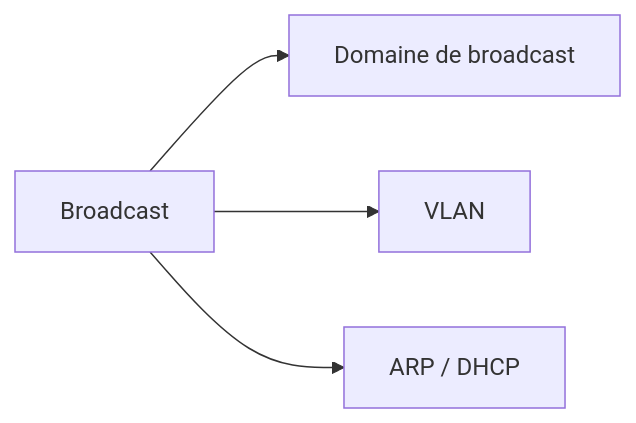
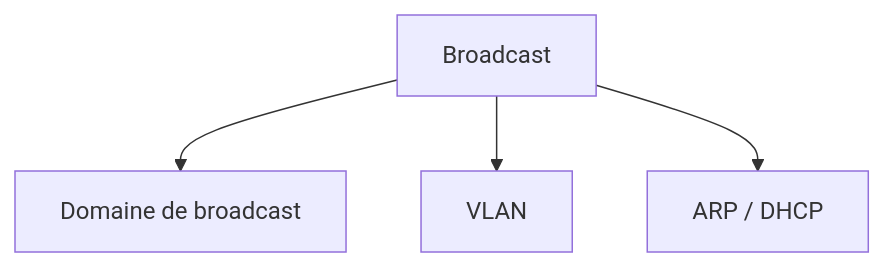
Before and after one commit to zyrass/omnydocs: the fifth of 38 diagrams in docs/glossaire/administration-reseau.md, drawn with Mermaid. The commit also changed other lines of this file and 1780 other files, not shown here.

````diff
--- a/docs/glossaire/administration-reseau.md
+++ b/docs/glossaire/administration-reseau.md
@@ -109,6 +133,6 @@
-    ```mermaid
-    graph LR
-        A[Broadcast] --> B[Domaine de broadcast]
-        A --> C[VLAN]
-        A --> D[ARP / DHCP]
-    ```
+```mermaid
+graph TB
+    A[Broadcast] --> B[Domaine de broadcast]
+    A --> C[VLAN]
+    A --> D[ARP / DHCP]
+```
````
